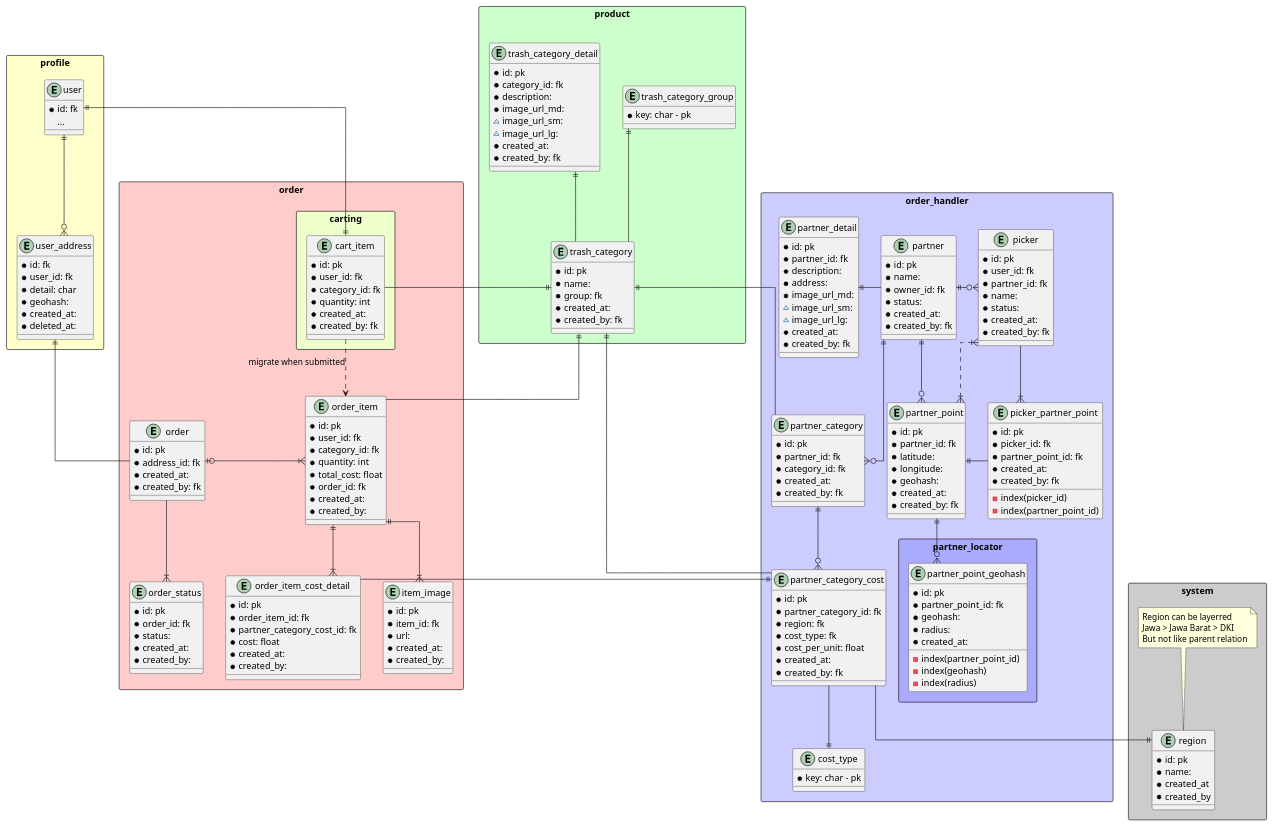
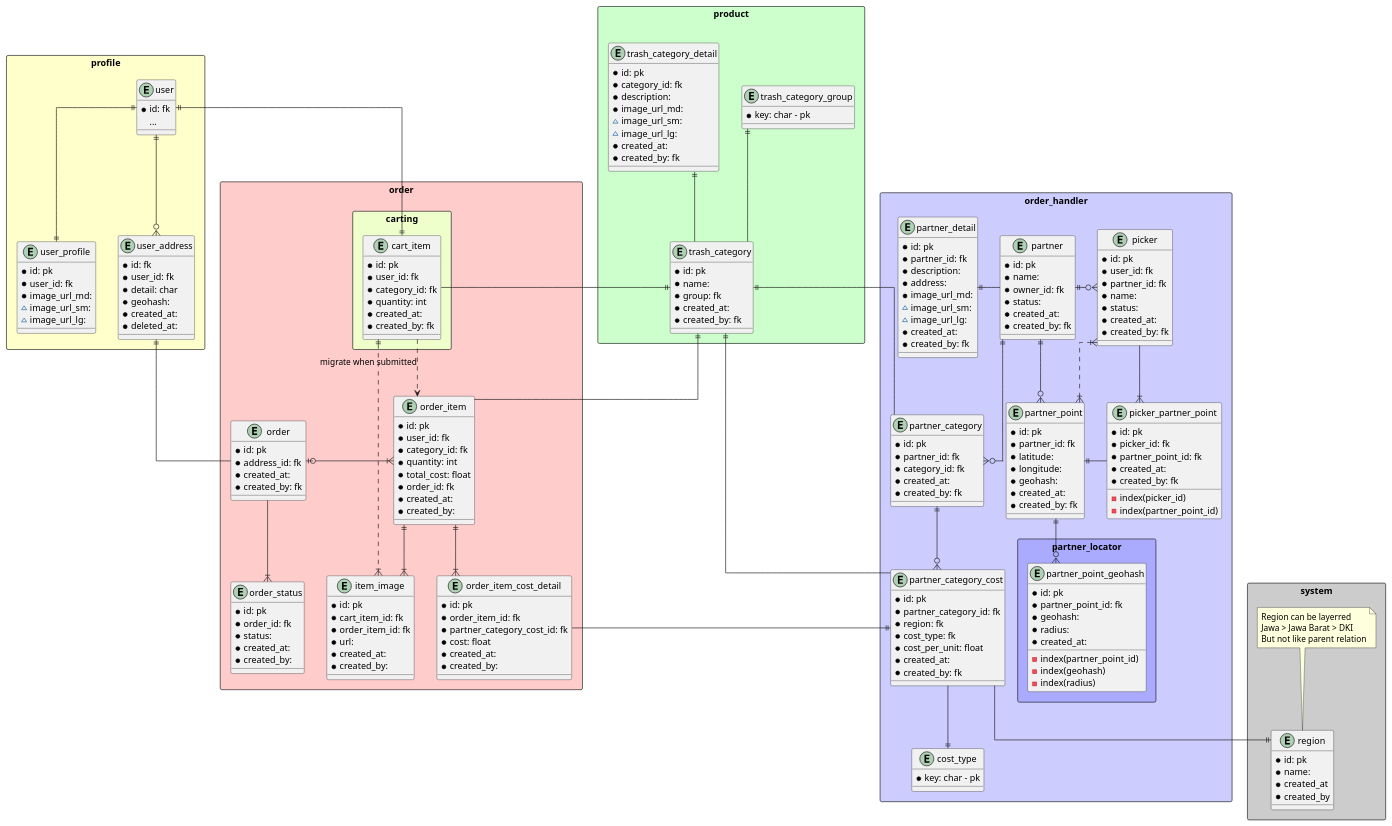
One commit to erdosam/go-clear-architecture changed the diagram in files/uml/erd.puml. Above: the diagram before and after it, drawn with PlantUML. The commit also changed 2 other files, not shown here.

```diff
--- a/files/uml/erd.puml
+++ b/files/uml/erd.puml
@@ -22,6 +22,13 @@
     *id: fk
     ...
     }
+    entity "user_profile" as profile {
+    *id: pk
+    *user_id: fk
+    *image_url_md:
+    ~image_url_sm:
+    ~image_url_lg:
+    }
     entity "user_address" as addr {
     *id: fk
     *user_id: fk
@@ -31,6 +38,7 @@
     *deleted_at:
     }
     usr ||--o{ addr
+    usr ||--|| profile
 }
 
 rectangle "product\n" as product#cfc {
@@ -196,7 +204,8 @@
     }
     entity "item_image" as item_img {
     *id: pk
-    *item_id: fk
+    *cart_item_id: fk
+    *order_item_id: fk
     *url:
     *created_at:
     *created_by:
@@ -211,6 +220,7 @@
     }
 
     ord --|{ osts
+    cart_itm ||..|{ item_img
     item ||--|{ item_img
     cart_itm ..> item: migrate when submitted
     ord |o-|{ item
```
